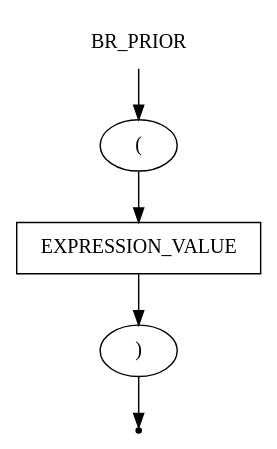
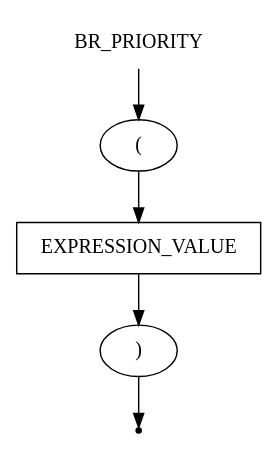
One commit to ayu-f/DSL_Pseudocode changed the diagram in pseudocode/br_priority.gv. Above: the diagram before and after it, drawn with Graphviz. The commit also changed 2 other files, not shown here.

```diff
--- a/pseudocode/br_priority.gv
+++ b/pseudocode/br_priority.gv
@@ -1,12 +1,12 @@
-digraph BR_PRIOR {
-    start [label=BR_PRIOR shape=plaintext]
+digraph BR_PRIORITY {
+    start [label=BR_PRIORITY shape=plaintext]
     expression_value [label=EXPRESSION_VALUE shape=box]
     br_open [label="(" shape=oval]
     br_close [label=")" shape=oval]
     end [label="" shape=point]
 
     start -> br_open
     br_open -> expression_value
     expression_value -> br_close
     br_close -> end
 }
```
